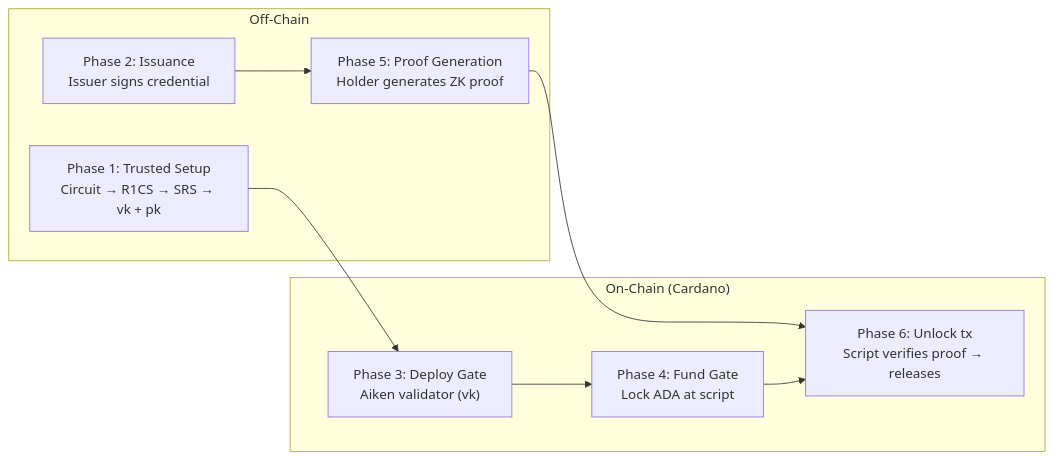
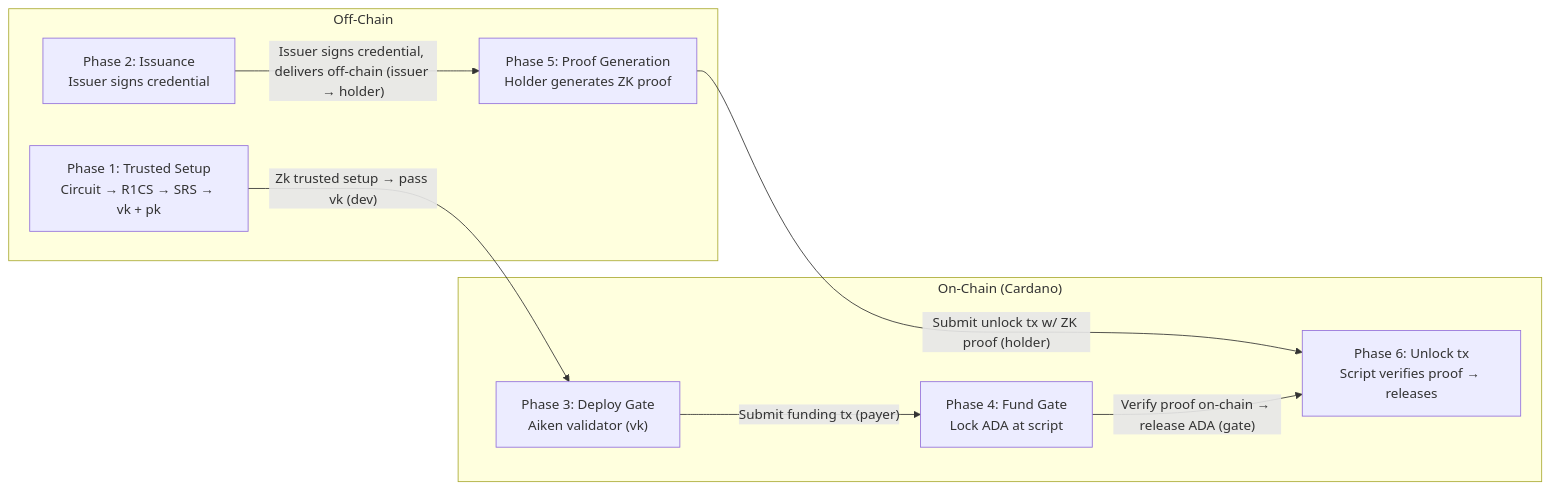
One commit to cardano-foundation/bls changed the first of 4 diagrams in aiken/selective-disclosure/README.md. Above: the diagram before and after it, drawn with Mermaid. The commit also changed other lines of this file, not shown here.

Commit message:
Annotate mermaid transitions with reason, actor, ZK activity, and tx submission

````diff
--- a/aiken/selective-disclosure/README.md
+++ b/aiken/selective-disclosure/README.md
@@ -176,18 +176,18 @@
 ```mermaid
 graph LR
     subgraph OffChain["Off-Chain"]
         P1["Phase 1: Trusted Setup<br/>Circuit → R1CS → SRS → vk + pk"]
         P2["Phase 2: Issuance<br/>Issuer signs credential"]
         P5["Phase 5: Proof Generation<br/>Holder generates ZK proof"]
     end
     subgraph OnChain["On-Chain (Cardano)"]
         P3["Phase 3: Deploy Gate<br/>Aiken validator (vk)"]
         P4["Phase 4: Fund Gate<br/>Lock ADA at script"]
         P6["Phase 6: Unlock tx<br/>Script verifies proof → releases"]
     end
-    P1 --> P3
-    P2 --> P5
-    P3 --> P4
-    P5 --> P6
-    P4 --> P6
+    P1 -->|"Zk trusted setup → pass vk (dev)"| P3
+    P2 -->|"Issuer signs credential, delivers off-chain (issuer → holder)"| P5
+    P3 -->|"Submit funding tx (payer)"| P4
+    P5 -->|"Submit unlock tx w/ ZK proof (holder)"| P6
+    P4 -->|"Verify proof on-chain → release ADA (gate)"| P6
 ```
````
